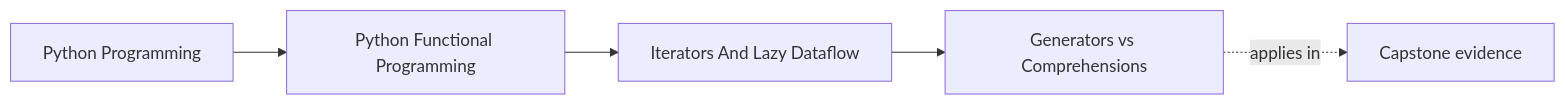
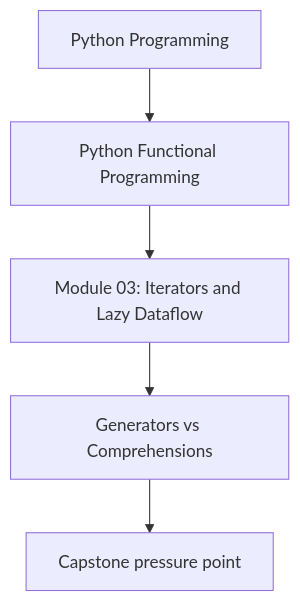
One commit to bijux/bijux-masterclass changed the first of 2 diagrams in programs/python-programming/python-functional-programming/course-book/module-03-iterators-and-lazy-dataflow/generators-vs-comprehensions.md. Above: the diagram before and after it, drawn with Mermaid. The commit also changed other lines of this file and 118 other files, not shown here.

Commit message:
docs(python-functional-programming): align concept page diagrams

````diff
--- a/programs/python-programming/python-functional-programming/course-book/module-03-iterators-and-lazy-dataflow/generators-vs-comprehensions.md
+++ b/programs/python-programming/python-functional-programming/course-book/module-03-iterators-and-lazy-dataflow/generators-vs-comprehensions.md
@@ -7,11 +7,7 @@
 ```mermaid
-graph LR
-  family["Python Programming"]
-  program["Python Functional Programming"]
-  section["Iterators And Lazy Dataflow"]
-  page["Generators vs Comprehensions"]
-  capstone["Capstone evidence"]
-
-  family --> program --> section --> page
-  page -.applies in.-> capstone
+flowchart TD
+  family["Python Programming"] --> program["Python Functional Programming"]
+  program --> module["Module 03: Iterators and Lazy Dataflow"]
+  module --> concept["Generators vs Comprehensions"]
+  concept --> capstone["Capstone pressure point"]
 ```
````
